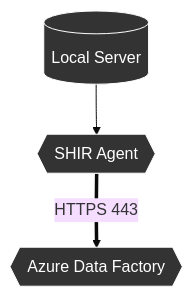
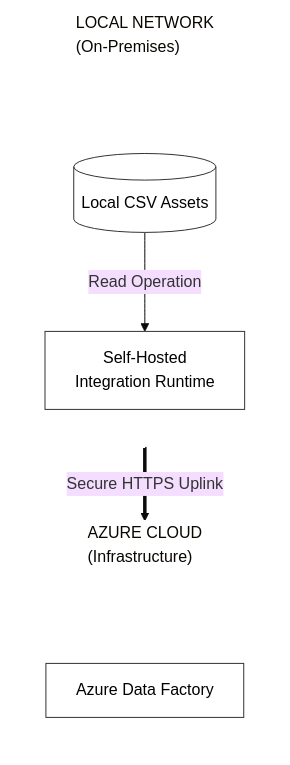
One commit to hamdahiqbal/ADF-Capstone-Project changed the fourth of 14 diagrams in README.md. Above: the diagram before and after it, drawn with Mermaid (base theme). The commit also changed other lines of this file, not shown here.

````diff
--- a/README.md
+++ b/README.md
@@ -145,9 +339,28 @@
 ```mermaid
-graph TD
-    Local[("Local Server")] --> SHIR{{"SHIR Agent"}}
-    SHIR ==>|HTTPS 443| ADF{{"Azure Data Factory"}}
-    
-    style Local fill:#333,stroke:#fff,color:#fff
-    style SHIR fill:#333,stroke:#fff,color:#fff
-    style ADF fill:#333,stroke:#fff,color:#fff
+flowchart TD
+    subgraph OnPrem ["LOCAL NETWORK <br>(On-Premises)"]
+        direction TB
+        TITLE1[ ]
+        CSV[("Local CSV Assets")]
+        SHIR["Self-Hosted<br>Integration Runtime"]
+        TITLE1 ~~~ CSV
+        CSV -->|Read Operation| SHIR
+    end
+
+    subgraph Azure ["AZURE CLOUD <br>(Infrastructure)"]
+        direction TB
+        TITLE2[ ]
+        ADF["Azure Data Factory"]
+        TITLE2 ~~~ ADF
+    end
+
+    SHIR ==>|Secure HTTPS Uplink| ADF
+
+    style OnPrem fill:none,stroke:#ffffff,stroke-width:2px,stroke-dasharray: 5 5
+    style Azure fill:none,stroke:#ffffff,stroke-width:2px,stroke-dasharray: 5 5
+    style TITLE1 fill:none,stroke:none,color:none
+    style TITLE2 fill:none,stroke:none,color:none
+    style CSV fill:#ffffff,stroke:#333,color:#000
+    style SHIR fill:#ffffff,stroke:#333,color:#000
+    style ADF fill:#ffffff,stroke:#333,color:#000
 ```
````
